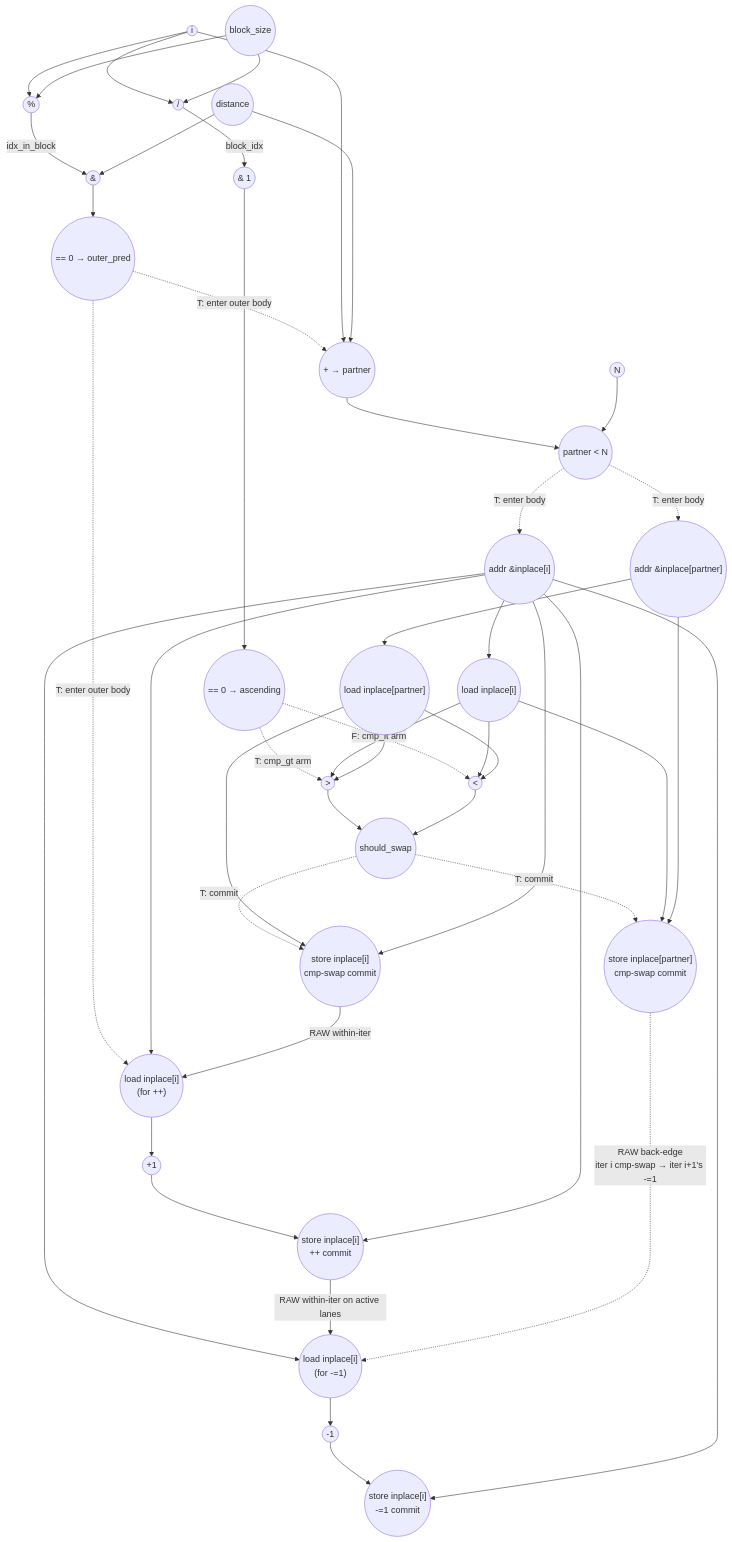
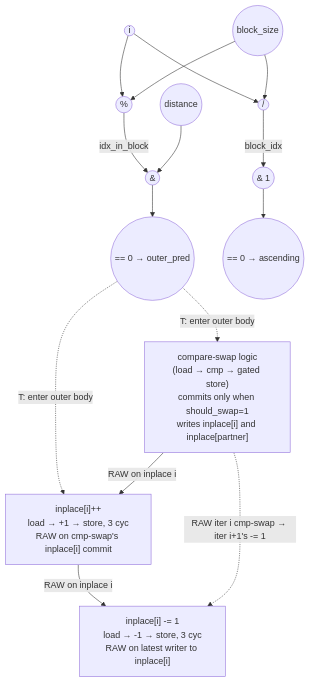
Before and after one commit to PolyArch/loom: the diagram in tests/app/bitonic_stage-tweak/bitonic_stage-tweak_eval.md, drawn with Mermaid. The commit also changed other lines of this file and 3 other files, not shown here.

````diff
--- a/tests/app/bitonic_stage-tweak/bitonic_stage-tweak_eval.md
+++ b/tests/app/bitonic_stage-tweak/bitonic_stage-tweak_eval.md
@@ -159,97 +159,49 @@
 ```mermaid
 graph TD
-  %% Inputs
-  i(("i"))
-  block_size(("block_size"))
-  distance(("distance"))
-  N_val(("N"))
+    %% Shared predicate inputs
+    i(("i"))
+    block_size(("block_size"))
+    distance(("distance"))
 
-  %% Unconditional predicate compute (every lane)
-  div((" / "))
-  mod((" % "))
-  band_asc((" & 1 "))
-  cmp_asc((" == 0 → ascending "))
-  band_pred((" & "))
-  cmp_pred((" == 0 → outer_pred "))
+    %% Predicate ops (unconditional)
+    div((" / "))
+    mod((" % "))
+    band_pred((" & "))
+    cmp_pred((" == 0 → outer_pred "))
+    band_asc((" & 1 "))
+    cmp_asc((" == 0 → ascending "))
 
-  %% Inside outer if-body
-  add_partner((" + → partner "))
-  cmp_in_bounds((" partner < N "))
+    %% Compare-swap (inside partner<N body, inside outer body)
+    swap["compare-swap logic<br>(load → cmp → gated store)<br>commits only when should_swap=1<br>writes inplace[i] and inplace[partner]"]
 
-  %% Inside partner<N body — cmp-swap chain
-  addr_i((" addr &inplace[i] "))
-  addr_p((" addr &inplace[partner] "))
-  load_i(("load inplace[i]"))
-  load_p(("load inplace[partner]"))
-  cmp_gt((" > "))
-  cmp_lt((" < "))
-  should_swap((" should_swap "))
-  st_swap_i(("store inplace[i]<br>cmp-swap commit"))
-  st_swap_p(("store inplace[partner]<br>cmp-swap commit"))
+    %% ++ body (inside outer body, outside partner<N body)
+    pp["inplace[i]++<br>load → +1 → store, 3 cyc<br>RAW on cmp-swap's inplace[i] commit"]
 
-  %% Inside outer if-body, after partner<N — ++
-  load_pp(("load inplace[i]<br>(for ++)"))
-  add_pp((" +1 "))
-  st_pp(("store inplace[i]<br>++ commit"))
+    %% -=1 body (unconditional, outside outer if)
+    sub_body["inplace[i] -= 1<br>load → -1 → store, 3 cyc<br>RAW on latest writer to inplace[i]"]
 
-  %% Outside outer if-body — unconditional -=1
-  load_sub(("load inplace[i]<br>(for -=1)"))
-  sub((" -1 "))
-  st_sub(("store inplace[i]<br>-=1 commit"))
+    %% Predicate dataflow
+    i --> div
+    i --> mod
+    block_size --> div
+    block_size --> mod
+    div -->|block_idx| band_asc
+    band_asc --> cmp_asc
+    mod -->|idx_in_block| band_pred
+    distance --> band_pred
+    band_pred --> cmp_pred
 
-  %% Predicate dataflow
-  i --> div & mod
-  block_size --> div & mod
-  div -->|block_idx| band_asc
-  band_asc --> cmp_asc
-  mod -->|idx_in_block| band_pred
-  distance --> band_pred
-  band_pred --> cmp_pred
+    %% Outer gate: cmp-swap and ++ live inside outer body
+    cmp_pred -. T: enter outer body .-> swap
+    cmp_pred -. T: enter outer body .-> pp
 
-  %% Outer gate
-  cmp_pred -. T: enter outer body .-> add_partner
-  i --> add_partner
-  distance --> add_partner
-  add_partner --> cmp_in_bounds
-  N_val --> cmp_in_bounds
+    %% Within-iter chain: cmp-swap → ++ → -=1 on inplace[i]
+    swap -->|RAW on inplace i| pp
+    pp -->|RAW on inplace i| sub_body
 
-  %% partner<N gate
-  cmp_in_bounds -. T: enter body .-> addr_i
-  cmp_in_bounds -. T: enter body .-> addr_p
-  addr_i --> load_i
-  addr_p --> load_p
-
-  %% if (ascending) gate
-  cmp_asc -. T: cmp_gt arm .-> cmp_gt
-  cmp_asc -. F: cmp_lt arm .-> cmp_lt
-  load_i --> cmp_gt & cmp_lt
-  load_p --> cmp_gt & cmp_lt
-  cmp_gt --> should_swap
-  cmp_lt --> should_swap
-
-  %% if (should_swap) gate — cmp-swap stores
-  should_swap -. T: commit .-> st_swap_i
-  should_swap -. T: commit .-> st_swap_p
-  load_p --> st_swap_i
-  load_i --> st_swap_p
-  addr_i --> st_swap_i
-  addr_p --> st_swap_p
-
-  %% ++ chain (gated by outer_pred only; outside partner<N body)
-  cmp_pred -. T: enter outer body .-> load_pp
-  addr_i --> load_pp
-  st_swap_i -->|RAW within-iter| load_pp
-  load_pp --> add_pp
-  add_pp --> st_pp
-  addr_i --> st_pp
-
-  %% -=1 chain (unconditional; outside outer if)
-  addr_i --> load_sub
-  st_pp -->|RAW within-iter on active lanes| load_sub
-  load_sub --> sub
-  sub --> st_sub
-  addr_i --> st_sub
-
-  %% Cross-iter back-edges through inplace[odd_indices]
-  st_swap_p -.->|RAW back-edge<br>iter i cmp-swap → iter i+1's -=1| load_sub
+    %% Cross-iter back-edge: iter i cmp-swap writes inplace[partner=i+1]
+    %% which iter i+1's -=1 then reads
+    swap -. "RAW iter i cmp-swap → iter i+1's -= 1" .-> sub_body
+    
+    %% Critical path: cmp_pred gate → swap → ++ → -=1 (within-iter, 12 cyc to swap + 3 + 3 = 18)
 ```
````
